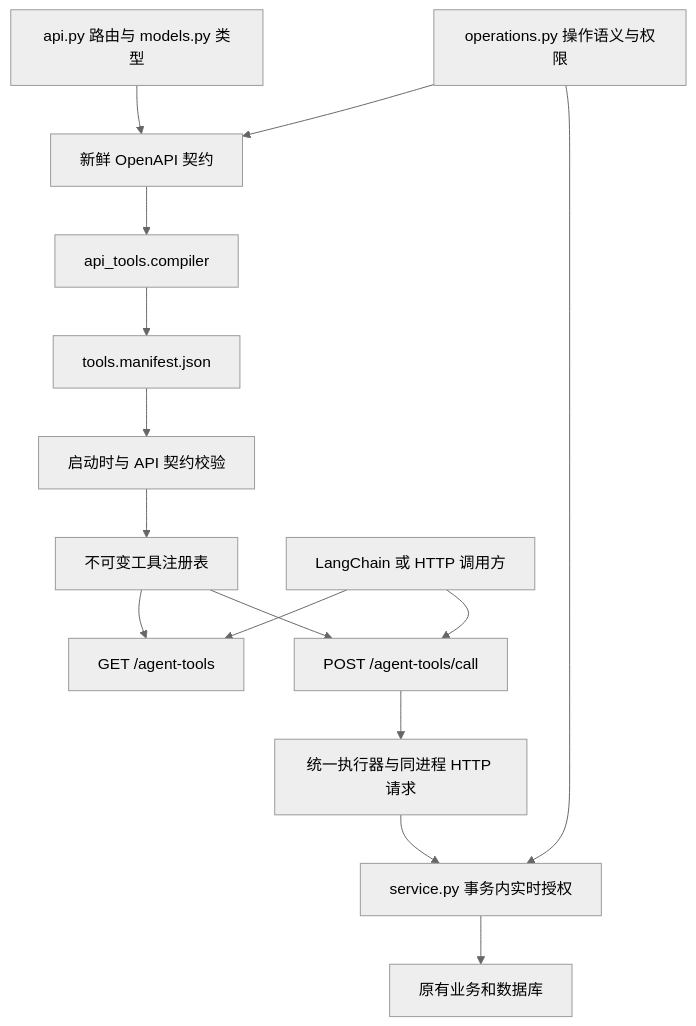
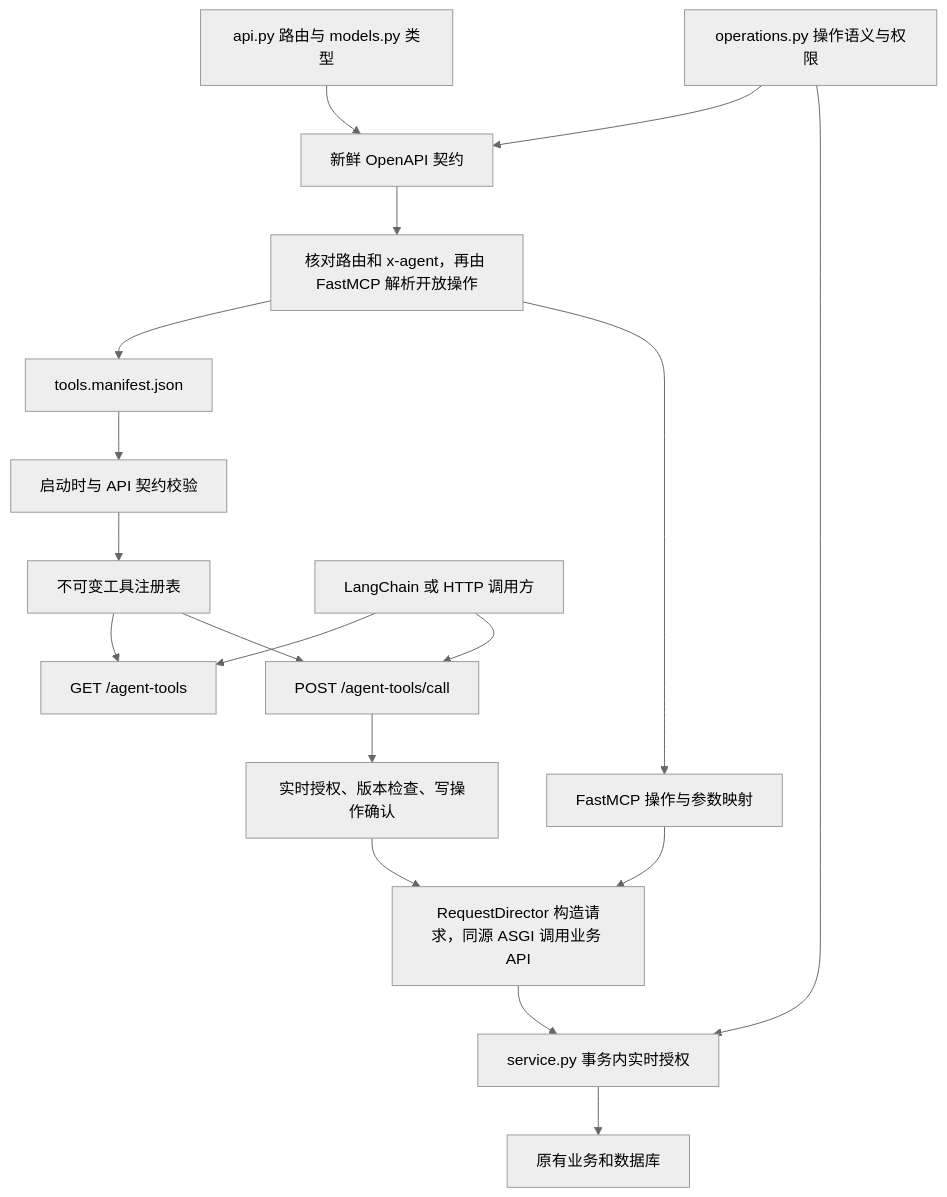
One commit to GHjiejie/Z changed the diagram in agent_permissions/docs/agent-tools.md. Above: the diagram before and after it, drawn with Mermaid (neutral theme). The commit also changed other lines of this file and 9 other files, not shown here.

Commit message:
refactor(agent-permissions): build tool requests with FastMCP

````diff
--- a/agent_permissions/docs/agent-tools.md
+++ b/agent_permissions/docs/agent-tools.md
@@ -9,17 +9,20 @@
 ```mermaid
 flowchart TB
     apiRoutes["api.py 路由与 models.py 类型"] --> contract["新鲜 OpenAPI 契约"]
     operations["operations.py 操作语义与权限"] --> contract
     operations --> authorization["service.py 事务内实时授权"]
-    contract --> compiler["api_tools.compiler"]
+    contract --> compiler["核对路由和 x-agent，再由 FastMCP 解析开放操作"]
     compiler --> bundle["tools.manifest.json"]
     bundle --> activation["启动时与 API 契约校验"]
     activation --> registry["不可变工具注册表"]
     agent["LangChain 或 HTTP 调用方"] --> discovery["GET /agent-tools"]
     registry --> discovery
     agent --> execution["POST /agent-tools/call"]
     registry --> execution
-    execution --> sameOrigin["统一执行器与同进程 HTTP 请求"]
+    compiler --> mappings["FastMCP 操作与参数映射"]
+    mappings --> sameOrigin["RequestDirector 构造请求，同源 ASGI 调用业务 API"]
+    execution --> guards["实时授权、版本检查、写操作确认"]
+    guards --> sameOrigin
     sameOrigin --> authorization
     authorization --> storage["原有业务和数据库"]
 ```
````
